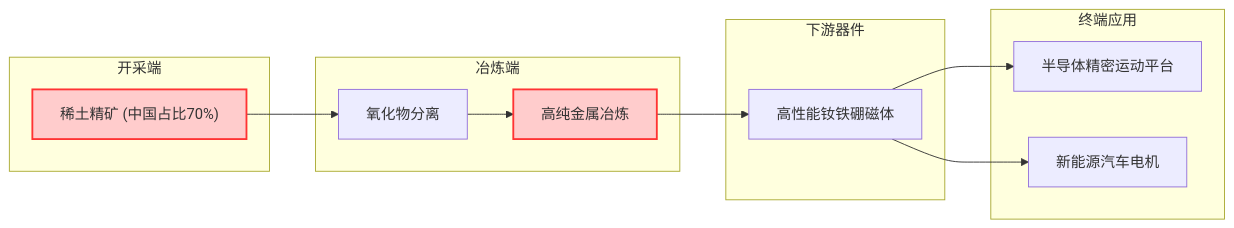
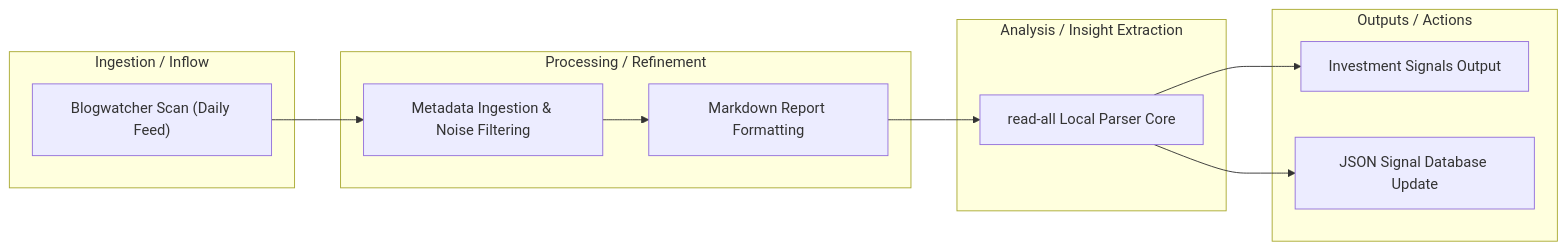
Before and after one commit to jinnnyang/more-skills: the third of 3 diagrams in skills/deep-research/references/visualization_mermaid_guide.md, drawn with Mermaid. The commit also changed other lines of this file and 16 other files, not shown here.

````diff
--- a/skills/deep-research/references/visualization_mermaid_guide.md
+++ b/skills/deep-research/references/visualization_mermaid_guide.md
@@ -80,24 +117,21 @@
 ```mermaid
 flowchart LR
-    subgraph Mining["开采端"]
-        raw1["稀土精矿 (中国占比70%)"]
+    subgraph Mining["Ingestion / Inflow"]
+        raw1["Blogwatcher Scan (Daily Feed)"]
     end
-    subgraph Refining["冶炼端"]
-        ref1["氧化物分离"]
-        ref2["高纯金属冶炼"]
+    subgraph Refining["Processing / Refinement"]
+        ref1["Metadata Ingestion & Noise Filtering"]
+        ref2["Markdown Report Formatting"]
         raw1 --> ref1 --> ref2
     end
-    subgraph Downstream["下游器件"]
-        device1["高性能钕铁硼磁体"]
+    subgraph Downstream["Analysis / Insight Extraction"]
+        device1["read-all Local Parser Core"]
         ref2 --> device1
     end
-    subgraph Target["终端应用"]
-        semic["半导体精密运动平台"]
-        ev["新能源汽车电机"]
+    subgraph Target["Outputs / Actions"]
+        semic["Investment Signals Output"]
+        ev["JSON Signal Database Update"]
         device1 --> semic
         device1 --> ev
     end
-    
-    classDef highlight fill:#ffcccc,stroke:#ff3333,stroke-width:2px;
-    class raw1,ref2 highlight;
 ```
````
